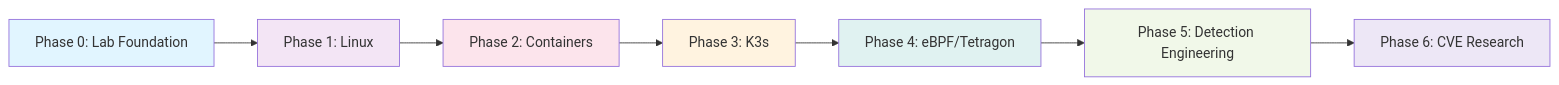
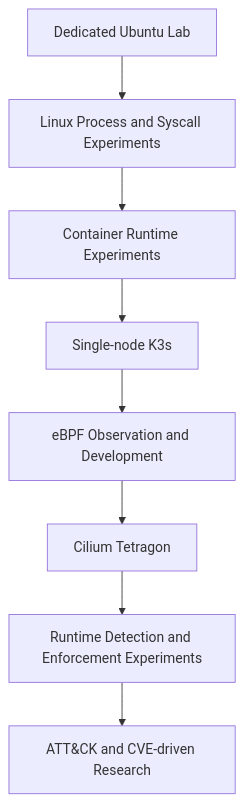
The second of 3 diagrams in docs/lab-architecture.md (mischoskon/tetragon-threat-detection-lab), drawn with Mermaid before and after one commit. The commit also changed other lines of this file, not shown here.

Commit message:
docs: align lab architecture with physical host setup

````diff
--- a/docs/lab-architecture.md
+++ b/docs/lab-architecture.md
@@ -111,17 +45,10 @@
 ```mermaid
-graph LR
-    A["Phase 0: Lab Foundation"] --> B["Phase 1: Linux"]
-    B --> C["Phase 2: Containers"]
-    C --> D["Phase 3: K3s"]
-    D --> E["Phase 4: eBPF/Tetragon"]
-    E --> F["Phase 5: Detection Engineering"]
-    F --> G["Phase 6: CVE Research"]
-    
-    style A fill:#e1f5ff
-    style B fill:#f3e5f5
-    style C fill:#fce4ec
-    style D fill:#fff3e0
-    style E fill:#e0f2f1
-    style F fill:#f1f8e9
-    style G fill:#ede7f6
+flowchart TD
+    A["Dedicated Ubuntu Lab"] --> B["Linux Process and Syscall Experiments"]
+    B --> C["Container Runtime Experiments"]
+    C --> D["Single-node K3s"]
+    D --> E["eBPF Observation and Development"]
+    E --> F["Cilium Tetragon"]
+    F --> G["Runtime Detection and Enforcement Experiments"]
+    G --> H["ATT&CK and CVE-driven Research"]
 ```
````
